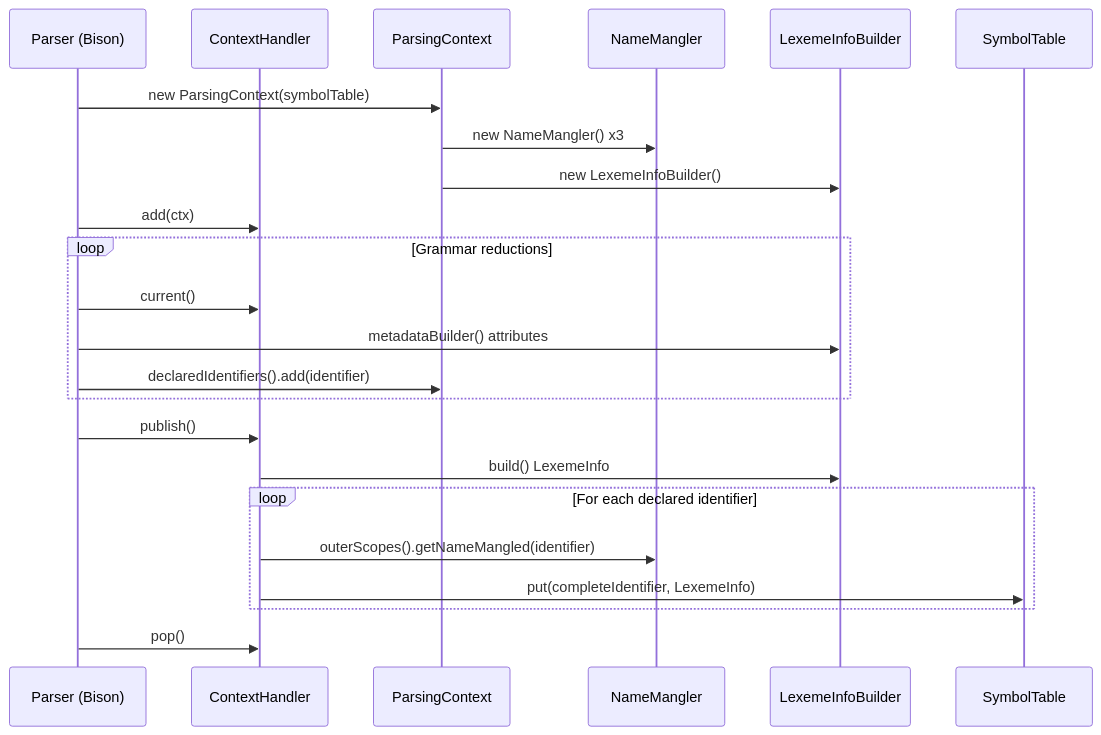
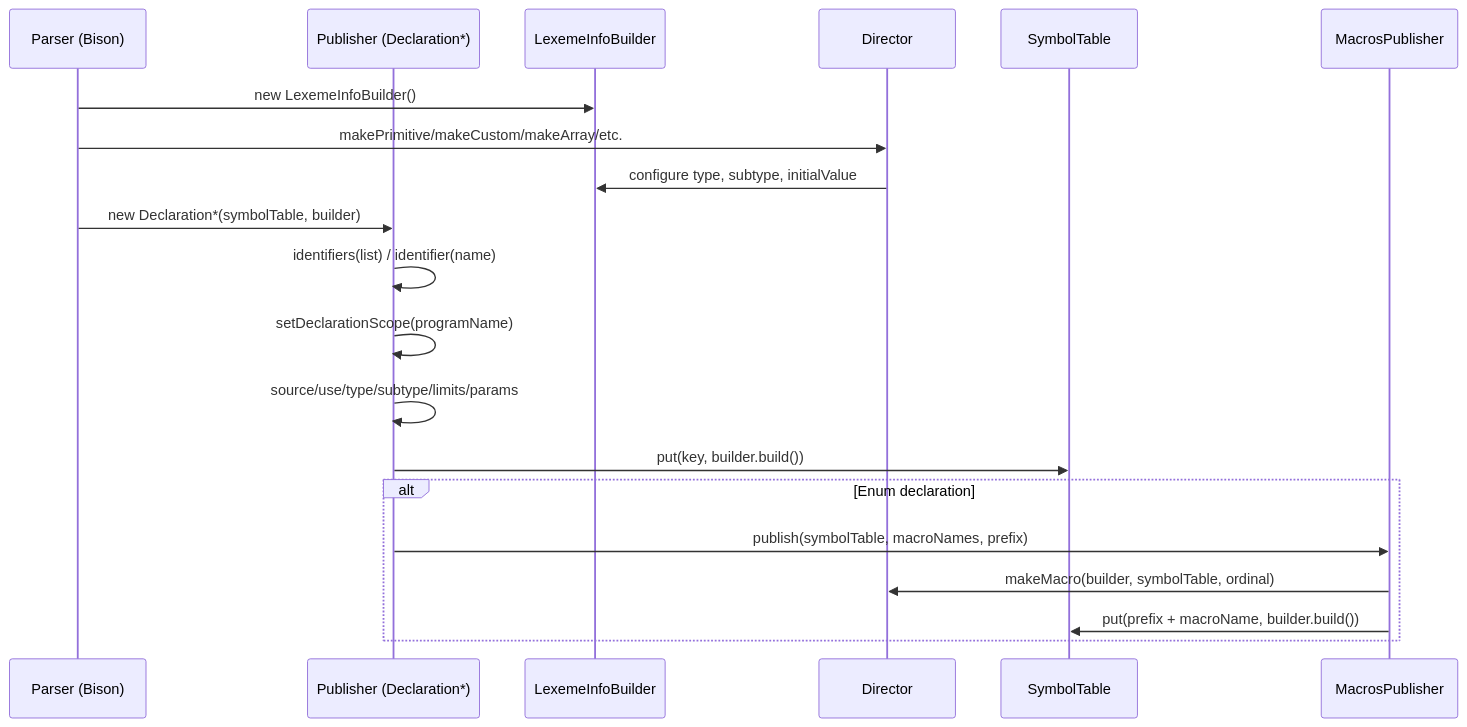
Before and after one commit to PascalUser/FLC-IEC61131-7: the fifth of 6 diagrams in doc/modules/parser.md, drawn with Mermaid. The commit also changed other lines of this file and 39 other files, not shown here.

````diff
--- a/doc/modules/parser.md
+++ b/doc/modules/parser.md
@@ -487,30 +673,24 @@
 ```mermaid
 sequenceDiagram
     participant Parser as Parser (Bison)
-    participant CH as ContextHandler
-    participant PC as ParsingContext
-    participant NM as NameMangler
+    participant Pub as Publisher (Declaration*)
     participant Builder as LexemeInfoBuilder
+    participant Director as Director
     participant ST as SymbolTable
+    participant MacroPub as MacrosPublisher
 
-    Parser->>PC: new ParsingContext(symbolTable)
-    PC->>NM: new NameMangler() x3
-    PC->>Builder: new LexemeInfoBuilder()
-    Parser->>CH: add(ctx)
-
-    loop Grammar reductions
-        Parser->>CH: current()
-        Parser->>Builder: metadataBuilder() attributes
-        Parser->>PC: declaredIdentifiers().add(identifier)
+    Parser->>Builder: new LexemeInfoBuilder()
+    Parser->>Director: makePrimitive/makeCustom/makeArray/etc.
+    Director->>Builder: configure type, subtype, initialValue
+    Parser->>Pub: new Declaration*(symbolTable, builder)
+    Pub->>Pub: identifiers(list) / identifier(name)
+    Pub->>Pub: setDeclarationScope(programName)
+    Pub->>Pub: source/use/type/subtype/limits/params
+    Pub->>ST: put(key, builder.build())
+    
+    alt Enum declaration
+        Pub->>MacroPub: publish(symbolTable, macroNames, prefix)
+        MacroPub->>Director: makeMacro(builder, symbolTable, ordinal)
+        MacroPub->>ST: put(prefix + macroName, builder.build())
     end
-
-    Parser->>CH: publish()
-    CH->>Builder: build() LexemeInfo
-    loop For each declared identifier
-        CH->>NM: outerScopes().getNameMangled(identifier)
-        CH->>ST: put(completeIdentifier, LexemeInfo)
-    end
-
-    Parser->>CH: pop()
-
 ```
````
